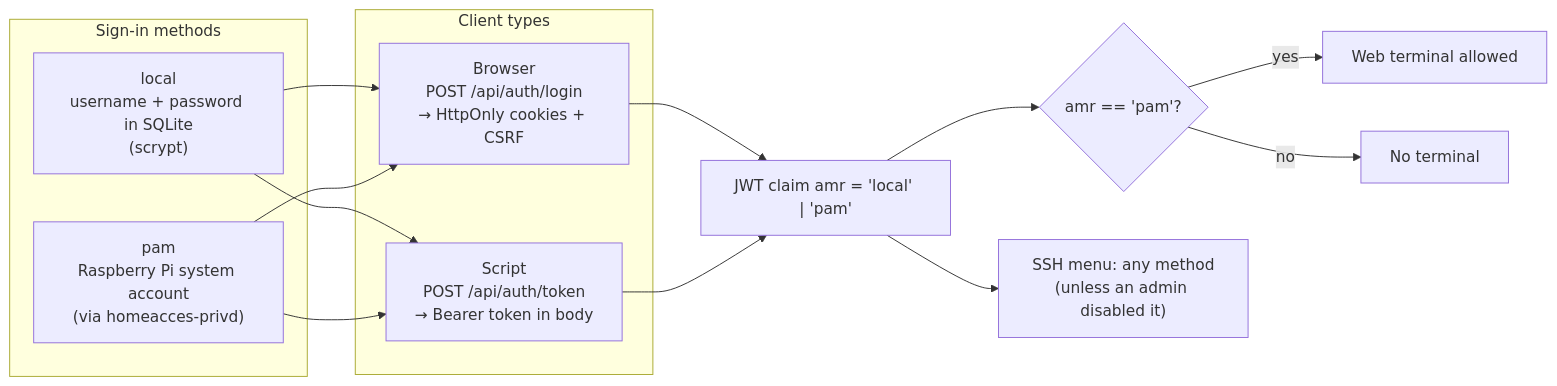
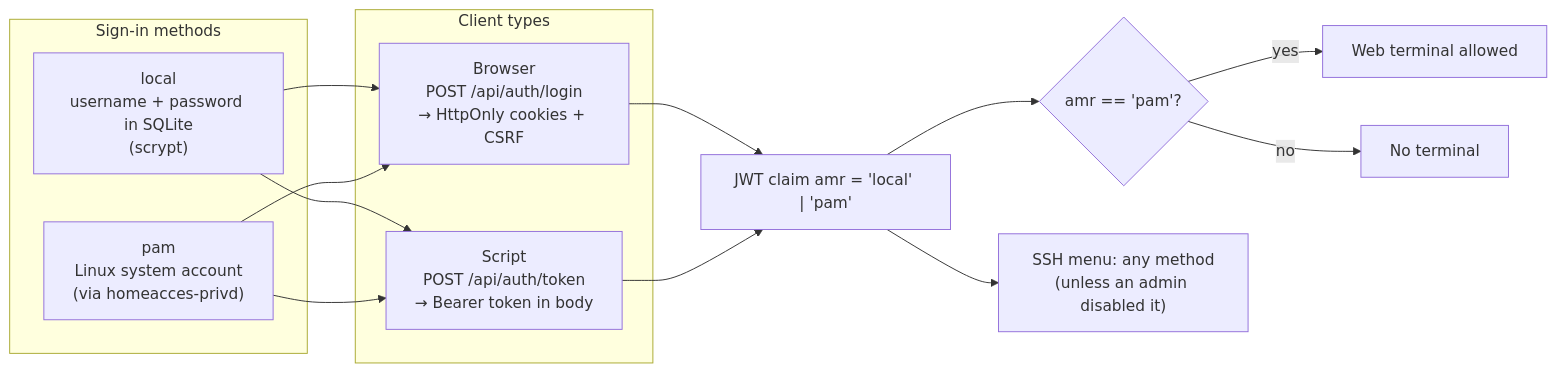
One commit to juanecito/Home_Access_Web changed the first of 10 diagrams in doc/04-authentication.md. Above: the diagram before and after it, drawn with Mermaid. The commit also changed other lines of this file and 22 other files, not shown here.

````diff
--- a/doc/04-authentication.md
+++ b/doc/04-authentication.md
@@ -11,19 +11,19 @@
 ```mermaid
 flowchart LR
     subgraph Methods["Sign-in methods"]
         L["local<br/>username + password in SQLite<br/>(scrypt)"]
-        P["pam<br/>Raspberry Pi system account<br/>(via homeacces-privd)"]
+        P["pam<br/>Linux system account<br/>(via homeacces-privd)"]
     end
     subgraph Clients["Client types"]
         BR["Browser<br/>POST /api/auth/login<br/>→ HttpOnly cookies + CSRF"]
         SC["Script<br/>POST /api/auth/token<br/>→ Bearer token in body"]
     end
     L --> BR & SC
     P --> BR & SC
     BR --> AMR["JWT claim amr = 'local' | 'pam'"]
     SC --> AMR
     AMR --> T{"amr == 'pam'?"}
     T -- yes --> TERM["Web terminal allowed"]
     T -- no --> NOTERM["No terminal"]
     AMR --> SSHM["SSH menu: any method<br/>(unless an admin disabled it)"]
 ```
````
